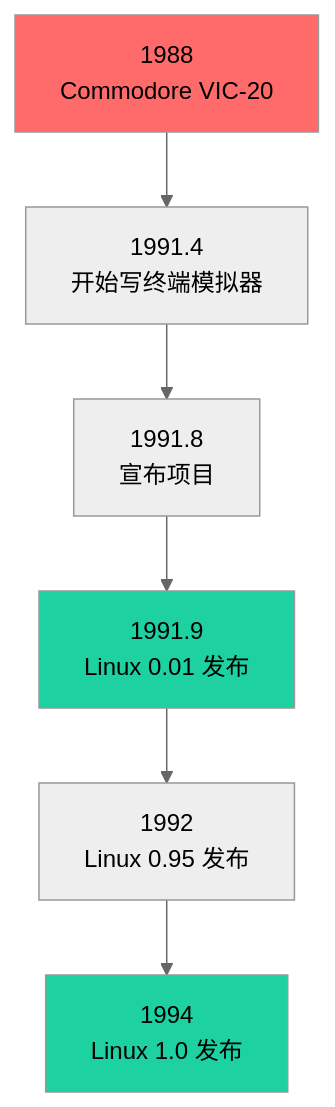
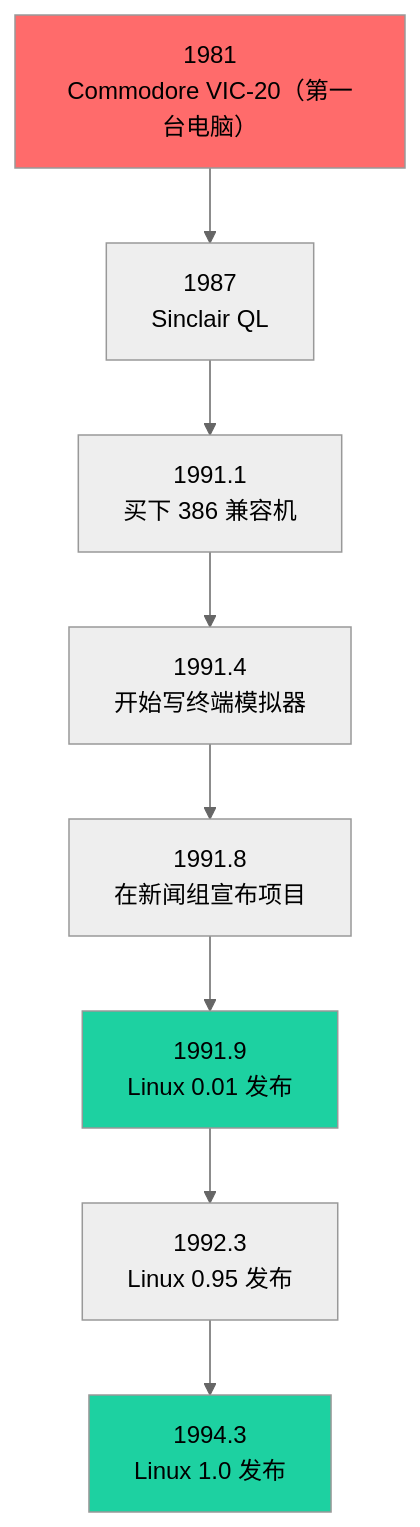
One commit to before80/prgms changed the tenth of 12 diagrams in content/linux/basic/Chapter-01-Computer-History.md. Above: the diagram before and after it, drawn with Mermaid (neutral theme). The commit also changed other lines of this file and 1645 other files, not shown here.

````diff
--- a/content/linux/basic/Chapter-01-Computer-History.md
+++ b/content/linux/basic/Chapter-01-Computer-History.md
@@ -845,12 +879,14 @@
 ```mermaid
 graph TD
-    A[1988<br/>Commodore VIC-20] --> B[1991.4<br/>开始写终端模拟器]
-    B --> C[1991.8<br/>宣布项目]
-    C --> D[1991.9<br/>Linux 0.01 发布]
-    D --> E[1992<br/>Linux 0.95 发布]
-    E --> F[1994<br/>Linux 1.0 发布]
+    A["1981<br/>Commodore VIC-20（第一台电脑）"] --> A2["1987<br/>Sinclair QL"]
+    A2 --> B["1991.1<br/>买下 386 兼容机"]
+    B --> B2["1991.4<br/>开始写终端模拟器"]
+    B2 --> C["1991.8<br/>在新闻组宣布项目"]
+    C --> D["1991.9<br/>Linux 0.01 发布"]
+    D --> E["1992.3<br/>Linux 0.95 发布"]
+    E --> F["1994.3<br/>Linux 1.0 发布"]
     
     style A fill:#ff6b6b,color:#000
     style D fill:#1dd1a1,color:#000
     style F fill:#1dd1a1,color:#000
 ```
````
